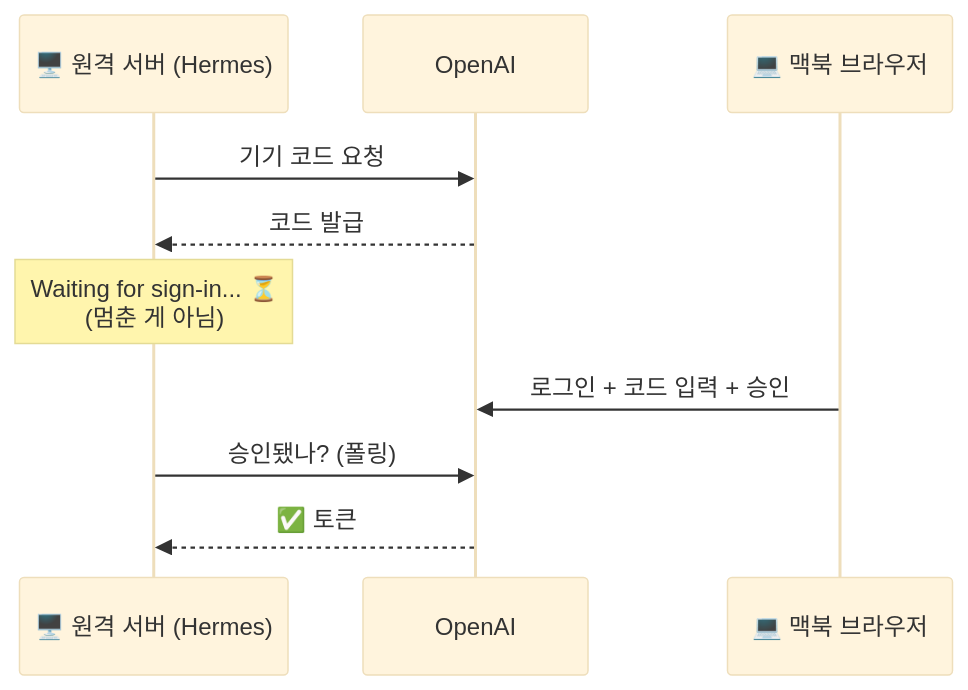
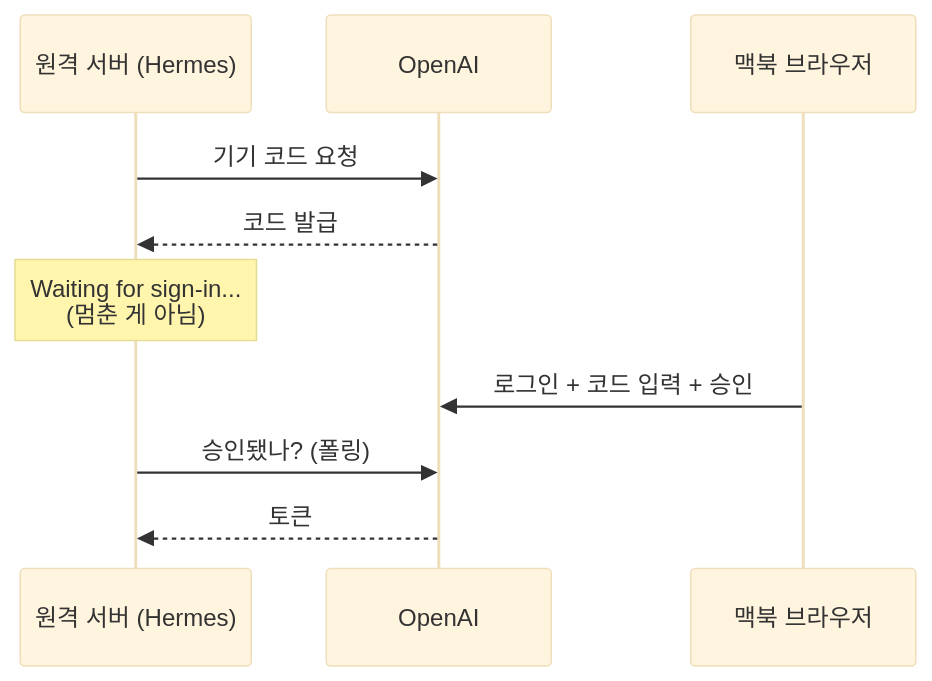
One commit to suojae/DAE_study_with_claude changed the second of 7 diagrams in 2026/11/16-hermes-slack-bot-mcp-troubleshooting.md. Above: the diagram before and after it, drawn with Mermaid (base theme). The commit also changed other lines of this file and 6 other files, not shown here.

````diff
--- a/2026/11/16-hermes-slack-bot-mcp-troubleshooting.md
+++ b/2026/11/16-hermes-slack-bot-mcp-troubleshooting.md
@@ -35,12 +35,12 @@
 ```mermaid
 sequenceDiagram
-    participant R as 🖥️ 원격 서버 (Hermes)
+    participant R as 원격 서버 (Hermes)
     participant O as OpenAI
-    participant B as 💻 맥북 브라우저
+    participant B as 맥북 브라우저
     R->>O: 기기 코드 요청
     O-->>R: 코드 발급
-    Note over R: Waiting for sign-in... ⏳<br/>(멈춘 게 아님)
+    Note over R: Waiting for sign-in...<br/>(멈춘 게 아님)
     B->>O: 로그인 + 코드 입력 + 승인
     R->>O: 승인됐나? (폴링)
-    O-->>R: ✅ 토큰
+    O-->>R: 토큰
 ```
````
